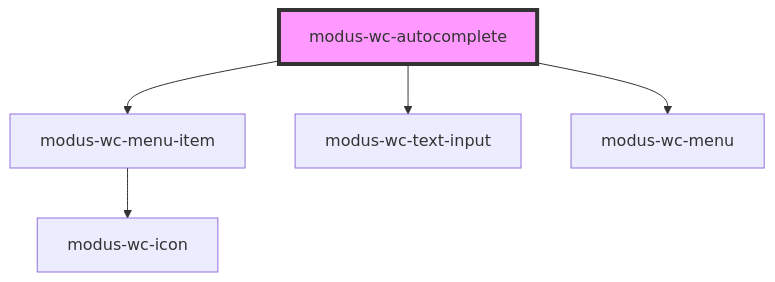
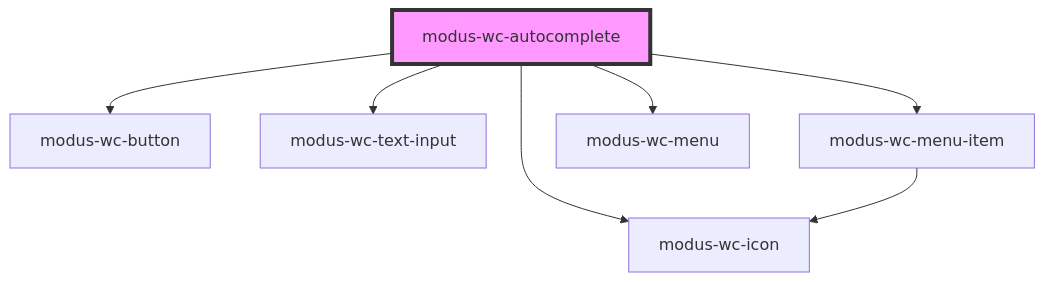
One commit to trimble-oss/modus-wc-2.0 changed the diagram in src/components/molecules/modus-wc-autocomplete/readme.md. Above: the diagram before and after it, drawn with Mermaid. The commit also changed other lines of this file and 17 other files, not shown here.

````diff
--- a/src/components/molecules/modus-wc-autocomplete/readme.md
+++ b/src/components/molecules/modus-wc-autocomplete/readme.md
@@ -55,8 +58,10 @@
 ```mermaid
 graph TD;
+  modus-wc-autocomplete --> modus-wc-button
+  modus-wc-autocomplete --> modus-wc-icon
+  modus-wc-autocomplete --> modus-wc-text-input
   modus-wc-autocomplete --> modus-wc-menu-item
-  modus-wc-autocomplete --> modus-wc-text-input
   modus-wc-autocomplete --> modus-wc-menu
   modus-wc-menu-item --> modus-wc-icon
   style modus-wc-autocomplete fill:#f9f,stroke:#333,stroke-width:4px
 ```
````
